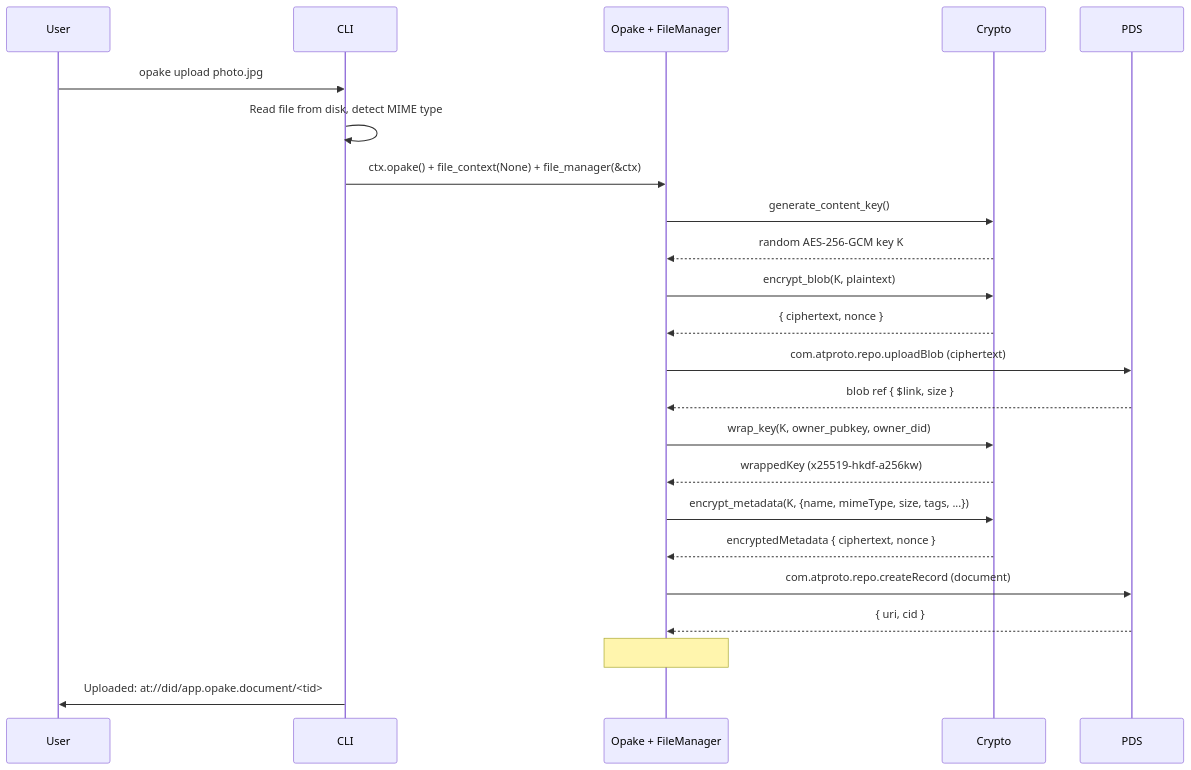
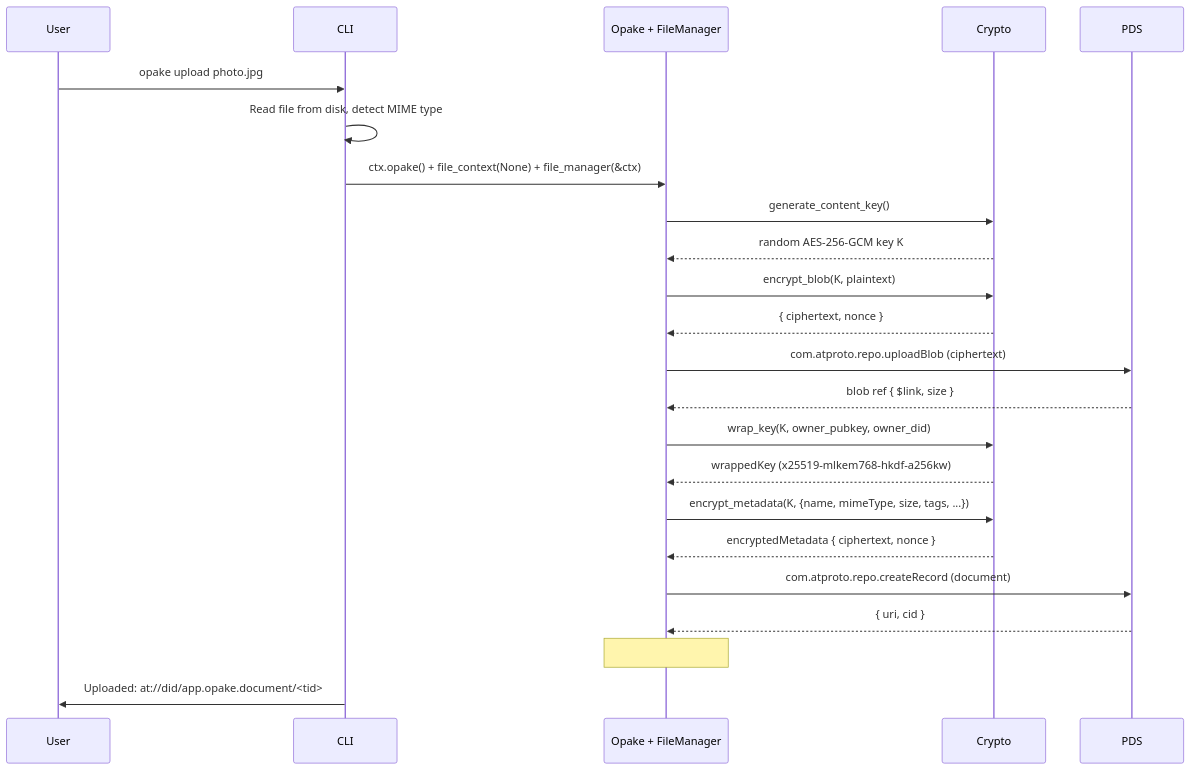
One commit to Sans-Self/Opake changed the first of 5 diagrams in docs/flows/documents.md. Above: the diagram before and after it, drawn with Mermaid. The commit also changed 11 other files, not shown here.

````diff
--- a/docs/flows/documents.md
+++ b/docs/flows/documents.md
@@ -7,35 +7,35 @@
 ```mermaid
 sequenceDiagram
     participant User
     participant CLI
     participant Opake as Opake + FileManager
     participant Crypto
     participant PDS
 
     User->>CLI: opake upload photo.jpg
 
     CLI->>CLI: Read file from disk, detect MIME type
     CLI->>Opake: ctx.opake() + file_context(None) + file_manager(&ctx)
 
     Opake->>Crypto: generate_content_key()
     Crypto-->>Opake: random AES-256-GCM key K
 
     Opake->>Crypto: encrypt_blob(K, plaintext)
     Crypto-->>Opake: { ciphertext, nonce }
 
     Opake->>PDS: com.atproto.repo.uploadBlob (ciphertext)
     PDS-->>Opake: blob ref { $link, size }
 
     Opake->>Crypto: wrap_key(K, owner_pubkey, owner_did)
-    Crypto-->>Opake: wrappedKey (x25519-hkdf-a256kw)
+    Crypto-->>Opake: wrappedKey (x25519-mlkem768-hkdf-a256kw)
 
     Opake->>Crypto: encrypt_metadata(K, {name, mimeType, size, tags, ...})
     Crypto-->>Opake: encryptedMetadata { ciphertext, nonce }
 
     Opake->>PDS: com.atproto.repo.createRecord (document)
     PDS-->>Opake: { uri, cid }
 
     Note over Opake: #[signoff] auto-persists session if refreshed
 
     CLI->>User: Uploaded: at://did/app.opake.document/<tid>
 ```
````
